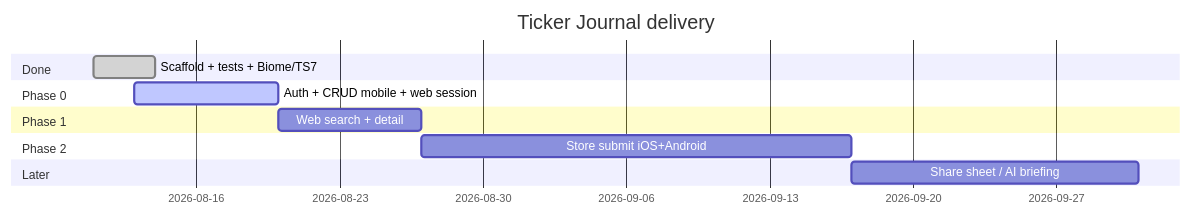
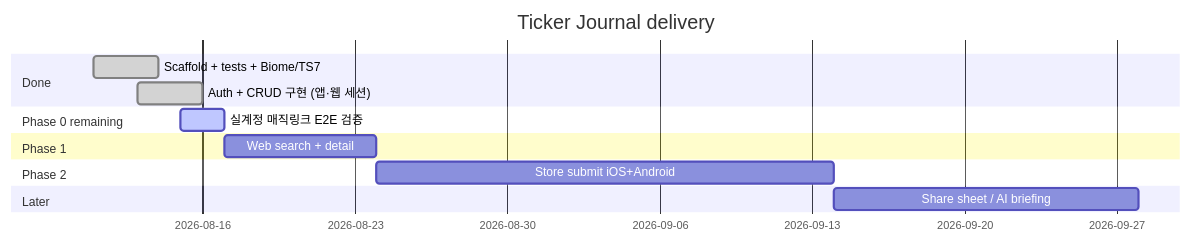
The fourth of 5 diagrams in docs/portfolio.md (scs0209/ticker-journal), drawn with Mermaid before and after one commit. The commit also changed other lines of this file and 7 other files, not shown here.

````diff
--- a/docs/portfolio.md
+++ b/docs/portfolio.md
@@ -97,15 +97,16 @@
 ```mermaid
 gantt
   title Ticker Journal delivery
   dateFormat  YYYY-MM-DD
   section Done
   Scaffold + tests + Biome/TS7 :done, s0, 2026-08-11, 3d
-  section Phase 0
-  Auth + CRUD mobile + web session :active, p0, 2026-08-13, 7d
+  Auth + CRUD 구현 (앱·웹 세션) :done, p0, 2026-08-13, 3d
+  section Phase 0 remaining
+  실계정 매직링크 E2E 검증 :active, p0e, 2026-08-15, 2d
   section Phase 1
-  Web search + detail        :p1, after p0, 7d
+  Web search + detail        :p1, after p0e, 7d
   section Phase 2
   Store submit iOS+Android   :p2, after p1, 21d
   section Later
   Share sheet / AI briefing  :p3, after p2, 14d
 ```
````
